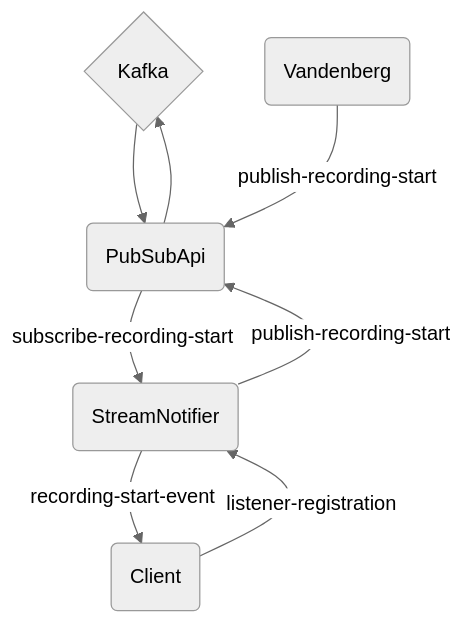
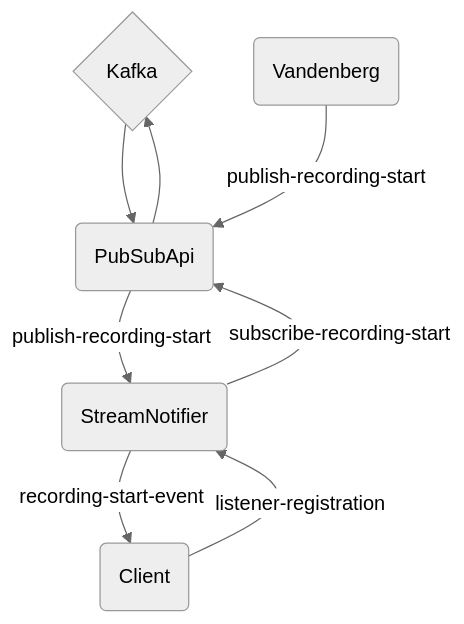
The diagram in async.notifications.md (unicomp23/omni), drawn with Mermaid (neutral theme) before and after one commit.

````diff
--- a/async.notifications.md
+++ b/async.notifications.md
@@ -3,10 +3,10 @@
 ```mermaid
 flowchart TD
     Kafka_{Kafka} -->PubSubApi_(PubSubApi)
     PubSubApi_ -->Kafka_
     Vandenberg_(Vandenberg) -->|publish-recording-start| PubSubApi_
-    PubSubApi_ -->|subscribe-recording-start| StreamNotifier_(StreamNotifier)
-    StreamNotifier_ -->|publish-recording-start| PubSubApi_
+    PubSubApi_ -->|publish-recording-start| StreamNotifier_(StreamNotifier)
+    StreamNotifier_ -->|subscribe-recording-start| PubSubApi_
     Client_(Client) -->|listener-registration| StreamNotifier_
     StreamNotifier_ -->|recording-start-event| Client_
 ```
````
